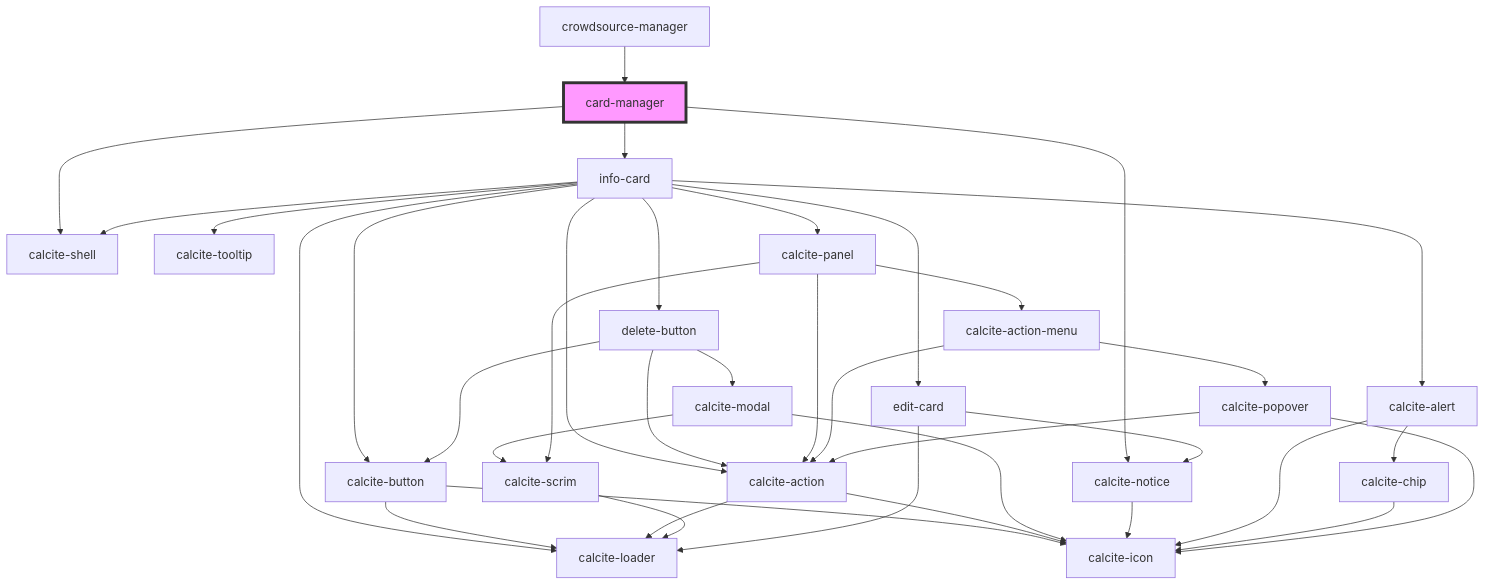
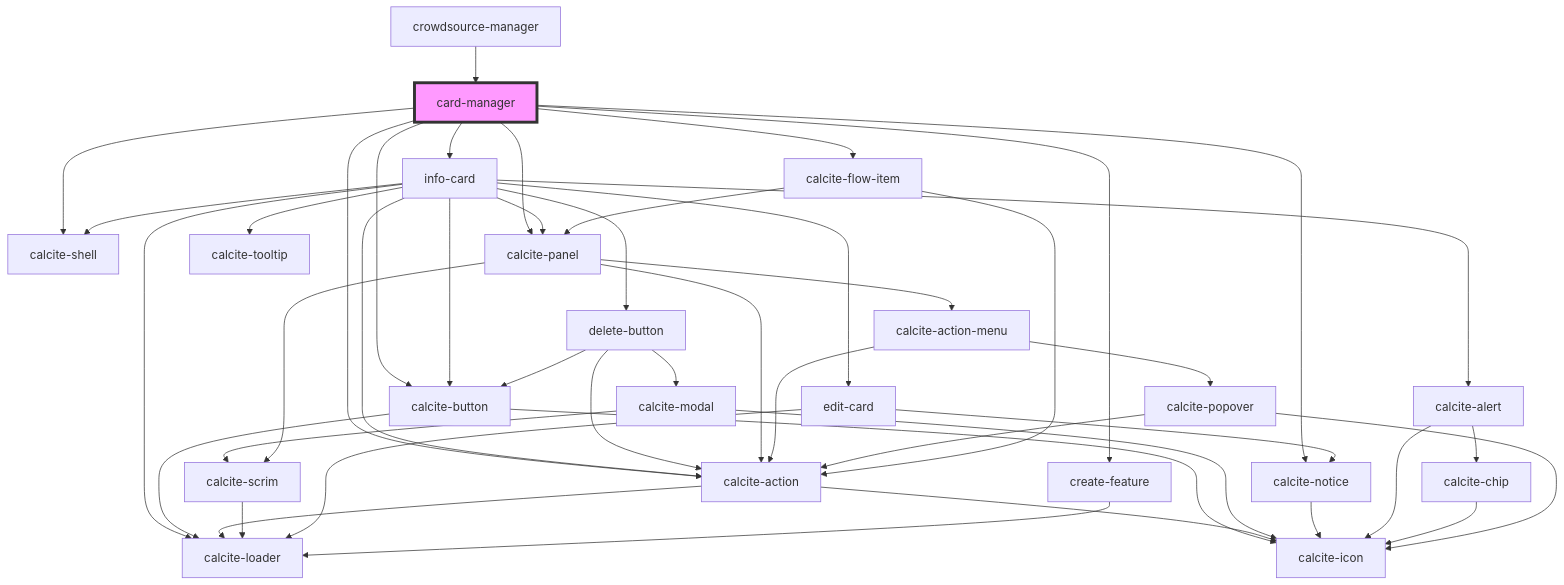
The diagram in src/components/card-manager/readme.md (Esri/solutions-components), drawn with Mermaid before and after one commit. The commit also changed other lines of this file and 122 other files, not shown here.

````diff
--- a/src/components/card-manager/readme.md
+++ b/src/components/card-manager/readme.md
@@ -34,40 +49,48 @@
 ```mermaid
 graph TD;
   card-manager --> calcite-shell
   card-manager --> info-card
+  card-manager --> calcite-flow-item
+  card-manager --> calcite-panel
   card-manager --> calcite-notice
+  card-manager --> calcite-button
+  card-manager --> calcite-action
+  card-manager --> create-feature
   info-card --> calcite-shell
   info-card --> calcite-loader
   info-card --> calcite-button
   info-card --> delete-button
   info-card --> calcite-tooltip
   info-card --> calcite-action
   info-card --> edit-card
   info-card --> calcite-alert
   info-card --> calcite-panel
   calcite-button --> calcite-loader
   calcite-button --> calcite-icon
   delete-button --> calcite-button
   delete-button --> calcite-action
   delete-button --> calcite-modal
   calcite-action --> calcite-loader
   calcite-action --> calcite-icon
   calcite-modal --> calcite-scrim
   calcite-modal --> calcite-icon
   calcite-scrim --> calcite-loader
   edit-card --> calcite-notice
   edit-card --> calcite-loader
   calcite-notice --> calcite-icon
   calcite-alert --> calcite-icon
   calcite-alert --> calcite-chip
   calcite-chip --> calcite-icon
   calcite-panel --> calcite-action
   calcite-panel --> calcite-action-menu
   calcite-panel --> calcite-scrim
   calcite-action-menu --> calcite-action
   calcite-action-menu --> calcite-popover
   calcite-popover --> calcite-action
   calcite-popover --> calcite-icon
+  calcite-flow-item --> calcite-action
+  calcite-flow-item --> calcite-panel
+  create-feature --> calcite-loader
   crowdsource-manager --> card-manager
   style card-manager fill:#f9f,stroke:#333,stroke-width:4px
 ```
````
